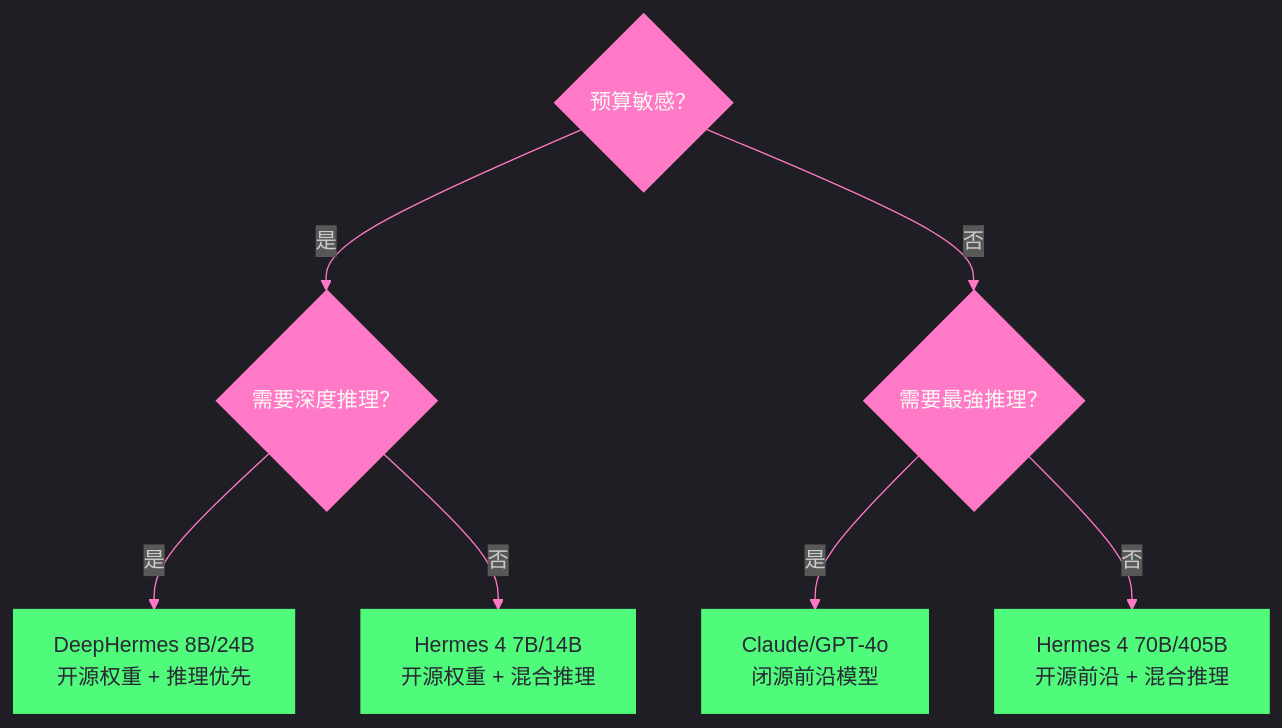
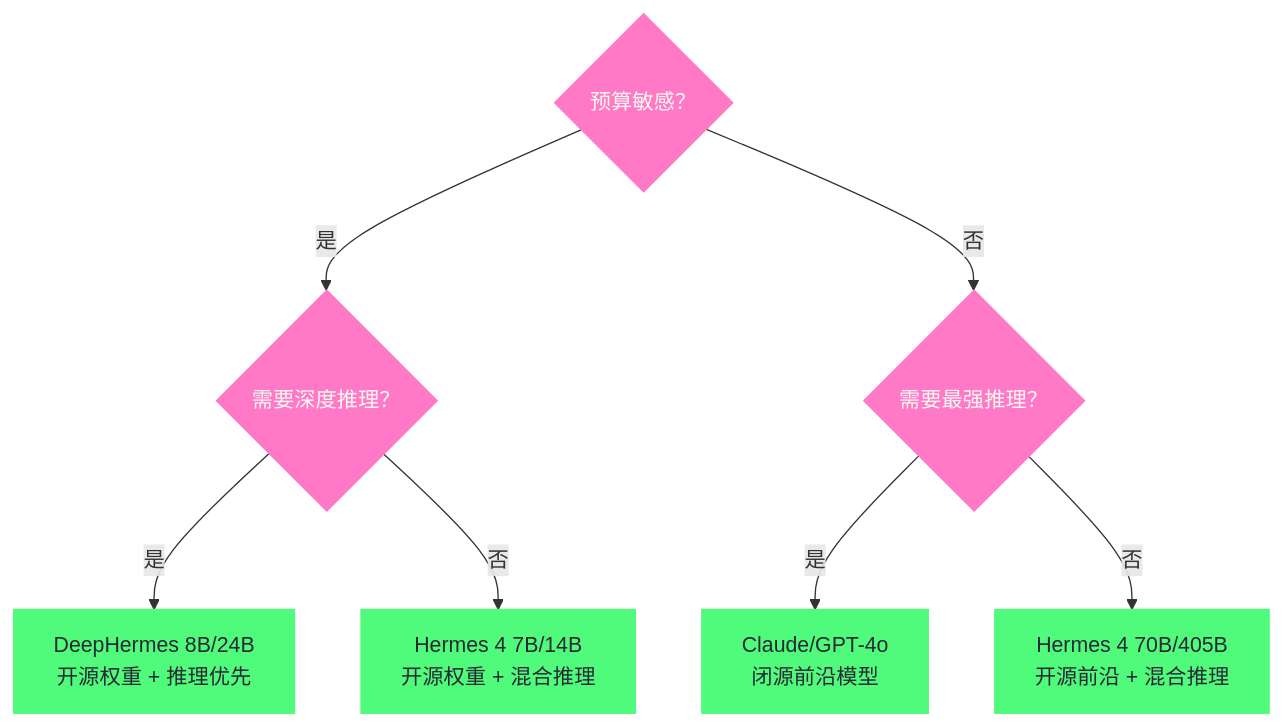
One commit to hpliStartAgain/my-brain changed the second of 2 diagrams in content/LLM/Hermes-Agent/02 Nous Research 与 Hermes 模型谱系.md. Above: the diagram before and after it, drawn with Mermaid. The commit also changed other lines of this file and 52 other files, not shown here.

````diff
--- a/content/LLM/Hermes-Agent/02 Nous Research 与 Hermes 模型谱系.md
+++ b/content/LLM/Hermes-Agent/02 Nous Research 与 Hermes 模型谱系.md
@@ -243,16 +411,16 @@
 ```mermaid
-%%{init: {'theme': 'dark', 'themeVariables': {'primaryColor': '#6272a4', 'primaryTextColor': '#f8f8f2', 'primaryBorderColor': '#bd93f9', 'lineColor': '#ff79c6', 'secondaryColor': '#44475a', 'tertiaryColor': '#282a36'}}}%%
+%%{init: {'theme': 'dracula'}}%%
 graph TD
     Q1{"预算敏感？"}
     Q1 -->|是| Q2{"需要深度推理？"}
-    Q1 -->|否| Q3{"需要最強推理？"}
+    Q1 -->|否| Q3{"需要最强推理？"}
     Q2 -->|是| DH["DeepHermes 8B/24B<br/>开源权重 + 推理优先"]
     Q2 -->|否| H4S["Hermes 4 7B/14B<br/>开源权重 + 混合推理"]
     Q3 -->|是| C["Claude/GPT-4o<br/>闭源前沿模型"]
     Q3 -->|否| H4L["Hermes 4 70B/405B<br/>开源前沿 + 混合推理"]
 
     classDef decision fill:#50fa7b,stroke:#50fa7b,color:#282a36
     classDef question fill:#ff79c6,stroke:#ff79c6,color:#f8f8f2
     class Q1,Q2,Q3 question
     class DH,H4S,C,H4L decision
 ```
````
